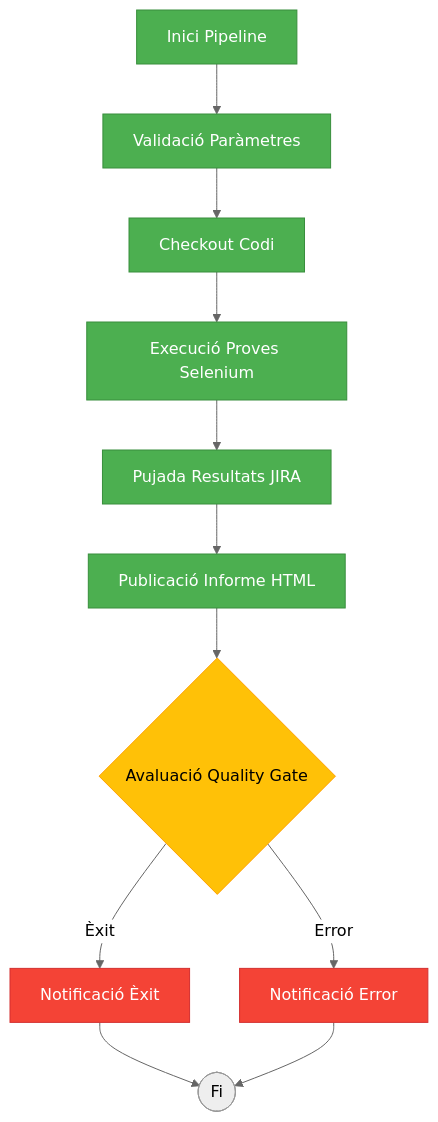
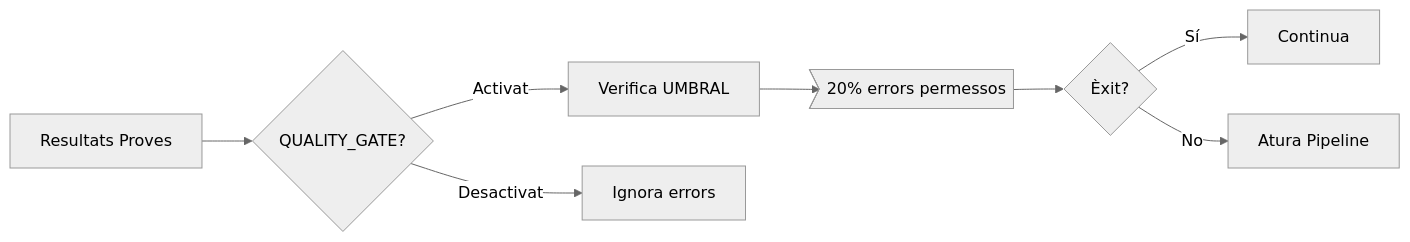
Before and after one commit to juananmora/mkdocs-sample1: the third of 5 diagrams in docs/jenkins/selenium.md, drawn with Mermaid. The commit also changed other lines of this file, not shown here.

Commit message:
Actualizar la documentación del MAT: reemplazar el diagrama de flujo por un diagrama de secuencia y reorganizar las secciones del pipeline de Jenkins.

````diff
--- a/docs/jenkins/selenium.md
+++ b/docs/jenkins/selenium.md
@@ -46,22 +112,12 @@
 ```mermaid
 %%{init: {'theme':'neutral'}}%%
-flowchart TD
-    A[Inici Pipeline] --> B[Validació Paràmetres]
-    B --> C[Checkout Codi]
-    C --> D[Execució Proves Selenium]
-    D --> E[Pujada Resultats JIRA]
-    E --> F[Publicació Informe HTML]
-    F --> G{Avaluació Quality Gate}
-    G -->|Èxit| H[Notificació Èxit]
-    G -->|Error| I[Notificació Error]
-    H --> Z([Fi])
-    I --> Z
-
-    classDef stage fill:#4CAF50,stroke:#388E3C,color:white;
-    classDef decision fill:#FFC107,stroke:#FFA000;
-    classDef error fill:#F44336,stroke:#D32F2F,color:white;
-    class A,B,C,D,E,F stage
-    class G decision
-    class I,H error
+flowchart LR
+    A[Resultats Proves] --> B{QUALITY_GATE?}
+    B -->|Activat| C[Verifica UMBRAL]
+    C --> D>20% errors permessos]
+    B -->|Desactivat| E[Ignora errors]
+    D --> F{Èxit?}
+    F -->|Sí| G[Continua]
+    F -->|No| H[Atura Pipeline]
 
 ```
````
